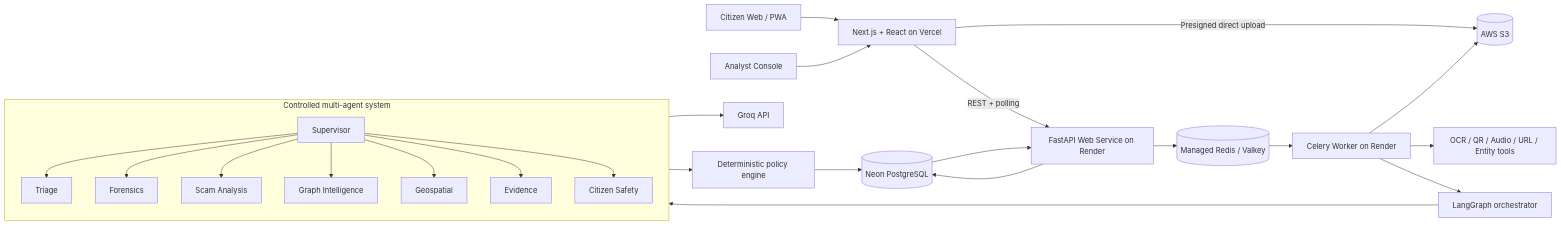
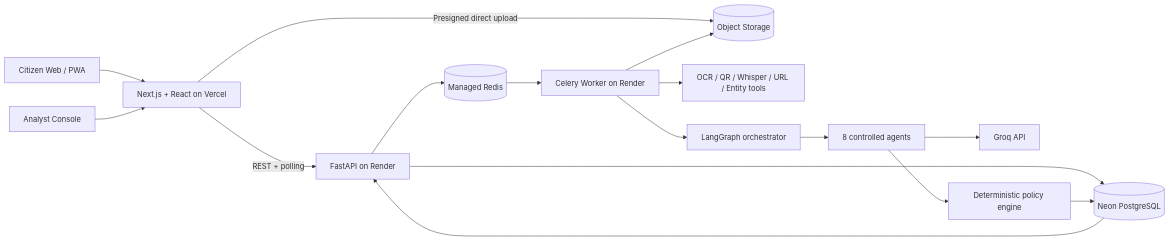
Before and after one commit to 23110572-hash/ADRIS: the diagram in README.md, drawn with Mermaid. The commit also changed other lines of this file and 4 other files, not shown here.

````diff
--- a/README.md
+++ b/README.md
@@ -106,32 +115,18 @@
 ```mermaid
 flowchart LR
     C[Citizen Web / PWA] --> VF[Next.js + React on Vercel]
     A[Analyst Console] --> VF
-
-    VF -->|REST + polling| API[FastAPI Web Service on Render]
-    VF -->|Presigned direct upload| S3[(AWS S3)]
-
+    VF -->|REST + polling| API[FastAPI on Render]
+    VF -->|Presigned direct upload| S3[(Object Storage)]
     API --> N[(Neon PostgreSQL)]
-    API --> R[(Managed Redis / Valkey)]
+    API --> R[(Managed Redis)]
     R --> W[Celery Worker on Render]
-
     W --> S3
-    W --> TOOLS[OCR / QR / Audio / URL / Entity tools]
+    W --> TOOLS[OCR / QR / Whisper / URL / Entity tools]
     W --> LG[LangGraph orchestrator]
-
-    subgraph AGENTS[Controlled multi-agent system]
-        SUP[Supervisor] --> TRI[Triage]
-        SUP --> FOR[Forensics]
-        SUP --> SCA[Scam Analysis]
-        SUP --> GRA[Graph Intelligence]
-        SUP --> GEO[Geospatial]
-        SUP --> EVI[Evidence]
-        SUP --> CIT[Citizen Safety]
-    end
-
-    LG --> AGENTS
+    LG --> AGENTS[8 controlled agents]
     AGENTS --> GROQ[Groq API]
     AGENTS --> POLICY[Deterministic policy engine]
     POLICY --> N
     N --> API
 ```
````
